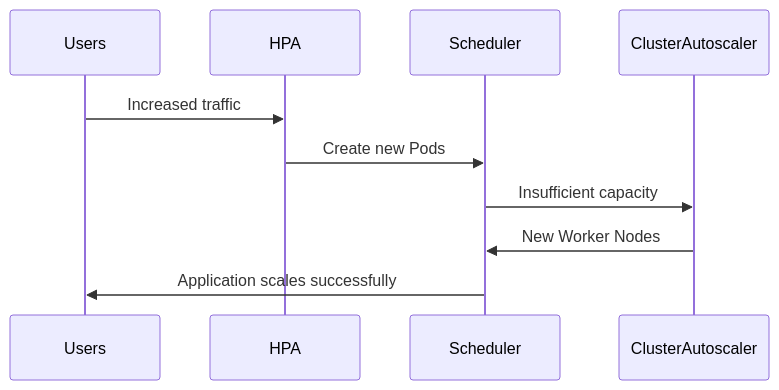
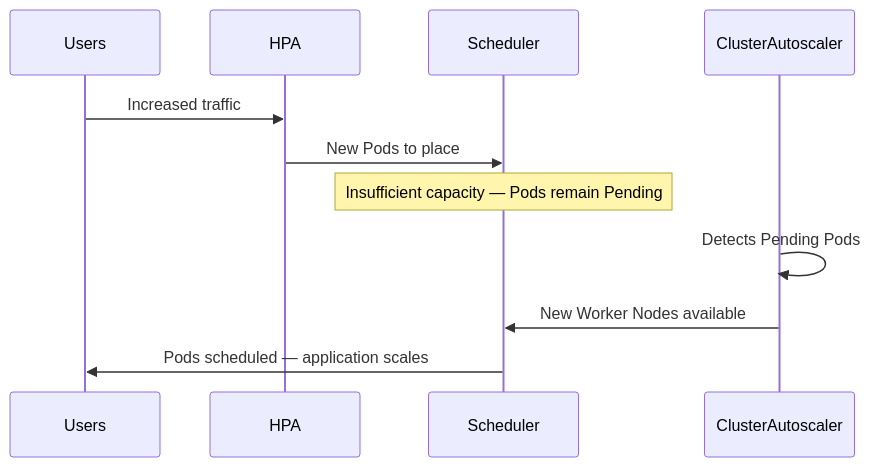
The second of 2 diagrams in content/01 - Foundations/02 - Kubernetes Scaling Overview.md (user-cube/k8s-autoscaling), drawn with Mermaid before and after one commit. The commit also changed other lines of this file and 18 other files, not shown here.

````diff
--- a/content/01 - Foundations/02 - Kubernetes Scaling Overview.md
+++ b/content/01 - Foundations/02 - Kubernetes Scaling Overview.md
@@ -129,14 +129,15 @@
 ```mermaid
 sequenceDiagram
 
 participant Users
 participant HPA
 participant Scheduler
 participant ClusterAutoscaler
 
 Users->>HPA: Increased traffic
-HPA->>Scheduler: Create new Pods
-Scheduler->>ClusterAutoscaler: Insufficient capacity
-ClusterAutoscaler->>Scheduler: New Worker Nodes
-Scheduler->>Users: Application scales successfully
+HPA->>Scheduler: New Pods to place
+Note over Scheduler: Insufficient capacity — Pods remain Pending
+ClusterAutoscaler->>ClusterAutoscaler: Detects Pending Pods
+ClusterAutoscaler->>Scheduler: New Worker Nodes available
+Scheduler->>Users: Pods scheduled — application scales
 ```
````
